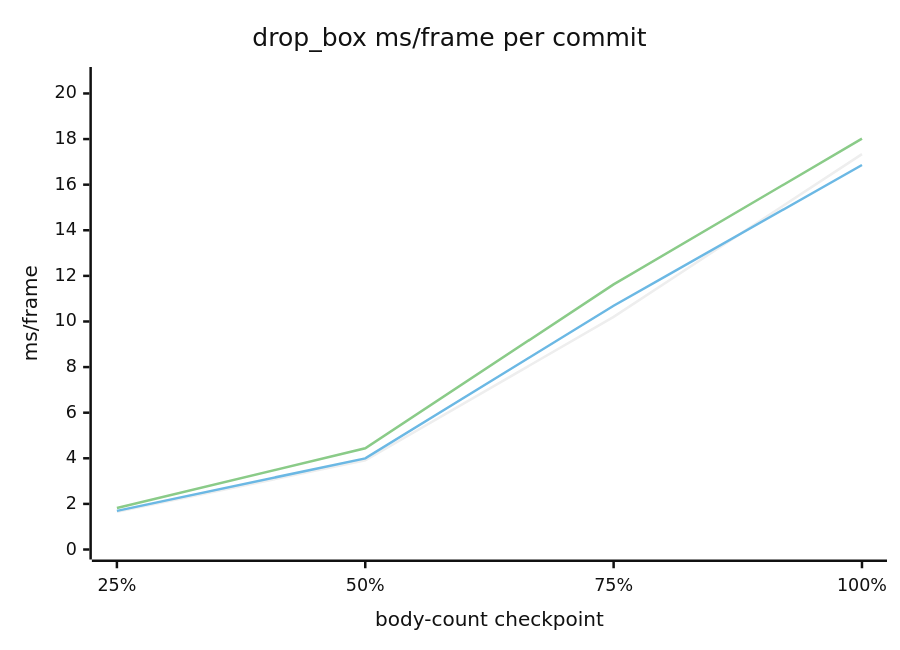
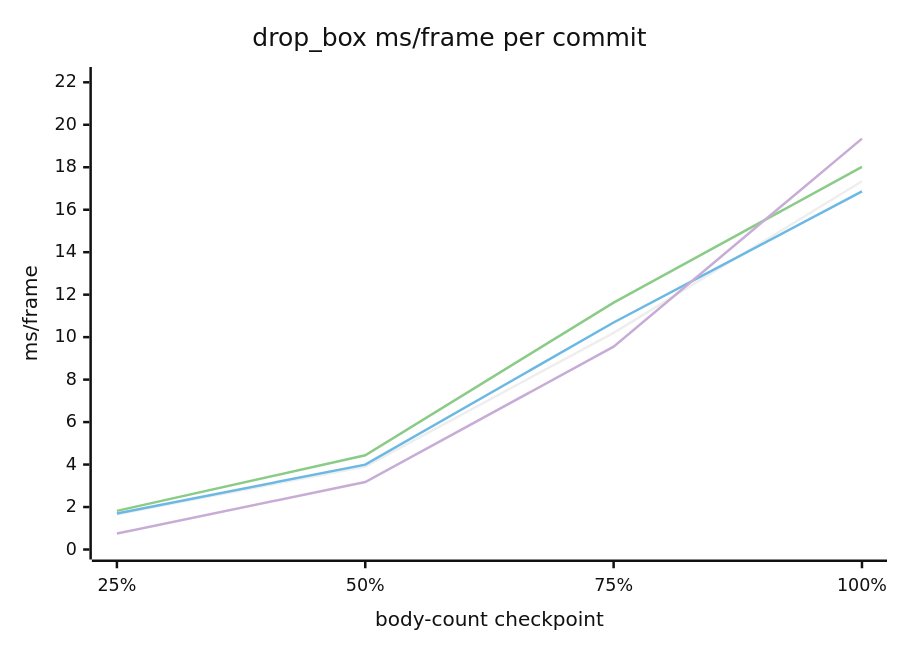
One commit to matajoh/boc-physics changed the diagram in REFACTOR.md. Above: the diagram before and after it, drawn with Mermaid (neutral theme). The commit also changed other lines of this file and 14 other files, not shown here.

````diff
--- a/REFACTOR.md
+++ b/REFACTOR.md
@@ -12,9 +12,10 @@
 ```mermaid
 xychart-beta
     title "drop_box ms/frame per commit"
     x-axis "body-count checkpoint" ["25%", "50%", "75%", "100%"]
-    y-axis "ms/frame" 0 --> 20.722
+    y-axis "ms/frame" 0 --> 22.250
     line [1.657, 3.907, 10.203, 17.339]
     line [1.695, 3.997, 10.690, 16.863]
     line [1.819, 4.440, 11.625, 18.019]
+    line [0.749, 3.176, 9.550, 19.347]
 ```
````
